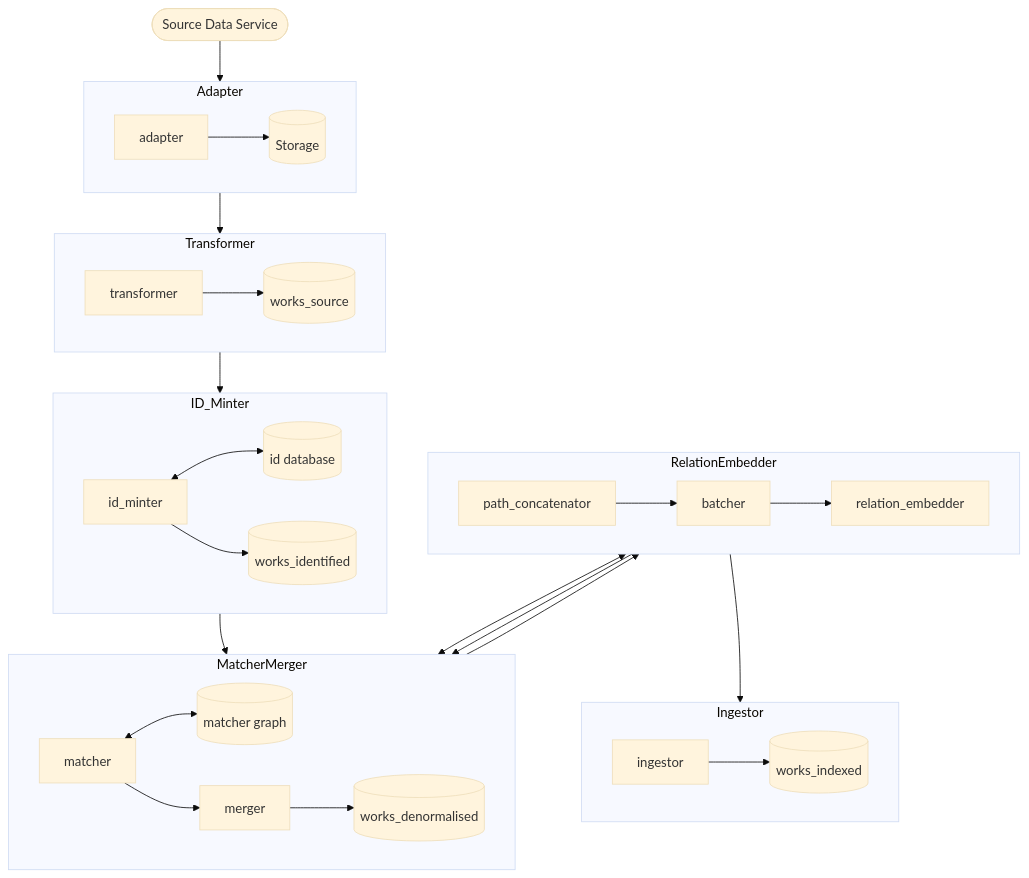
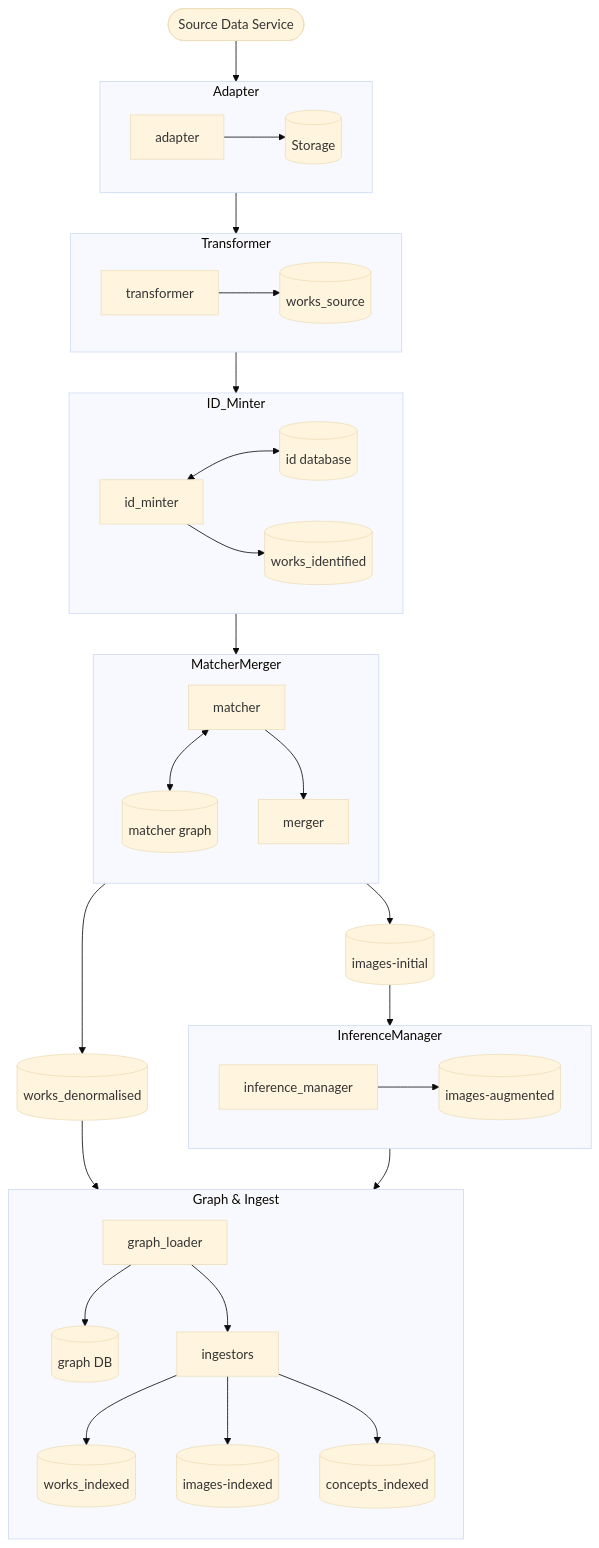
The diagram in pipeline/README.md (wellcomecollection/catalogue-pipeline), drawn with Mermaid (base theme) before and after one commit. The commit also changed other lines of this file, not shown here.

Commit message:
update mermaid pipeline diagram

````diff
--- a/pipeline/README.md
+++ b/pipeline/README.md
@@ -7,55 +7,58 @@
 ```mermaid
 flowchart TB
  start([Source Data Service]) --> Adapter
     storage[(Storage)]
 
     subgraph Adapter
         direction LR
         adapter --> storage
     end
 
     works_source[(works_source)]
     subgraph Transformer
         direction LR
         transformer --> works_source
     end
 
     id_database[(id database)]
     works_identified[(works_identified)]
     subgraph ID_Minter
         direction LR
         id_minter <--> id_database
         id_minter --> works_identified
     end
 
-    matchergraph[(matcher graph)]
-
     subgraph MatcherMerger
-        direction LR
-        matcher <--> matchergraph
+        direction TB
+        matcher <--> matchergraph[(matcher graph)]
         matcher --> merger
-        merger --> works_denormalised
     end
 
     works_denormalised[(works_denormalised)]
-    subgraph RelationEmbedder
+    images_initial[(images-initial)]
+
+    images_augmented[(images-augmented)]
+    subgraph InferenceManager
         direction LR
-        path_concatenator <--> works_denormalised
-        path_concatenator --> batcher
-        batcher --> relation_embedder
-        relation_embedder --> works_denormalised
+        inference_manager --> images_augmented
     end
 
-    works_indexed[(works_indexed)]
-    subgraph Ingestor
-        direction LR
-        ingestor --> works_indexed
+    subgraph GraphAndIngest["Graph & Ingest"]
+        direction TB
+        graph_loader --> graph_db[(graph DB)]
+        graph_loader --> ingestors
+        ingestors --> works_indexed[(works_indexed)]
+        ingestors --> images_indexed[(images-indexed)]
+        ingestors --> concepts_indexed[(concepts_indexed)]
     end
 
     Adapter --> Transformer
     Transformer --> ID_Minter
     ID_Minter --> MatcherMerger
-    MatcherMerger --> RelationEmbedder
-    RelationEmbedder --> Ingestor
+    merger --> works_denormalised
+    merger --> images_initial
+    images_initial --> InferenceManager
+    works_denormalised --> GraphAndIngest
+    images_augmented --> GraphAndIngest
 
 ```
````
